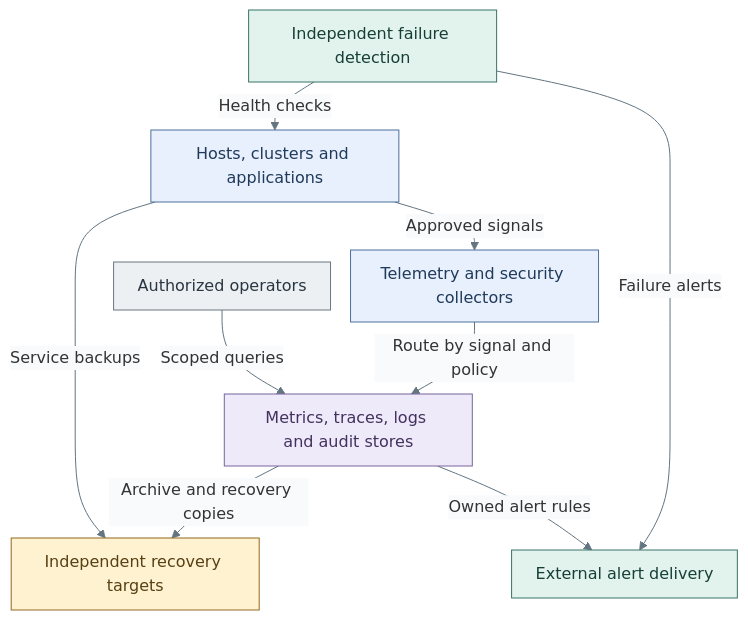
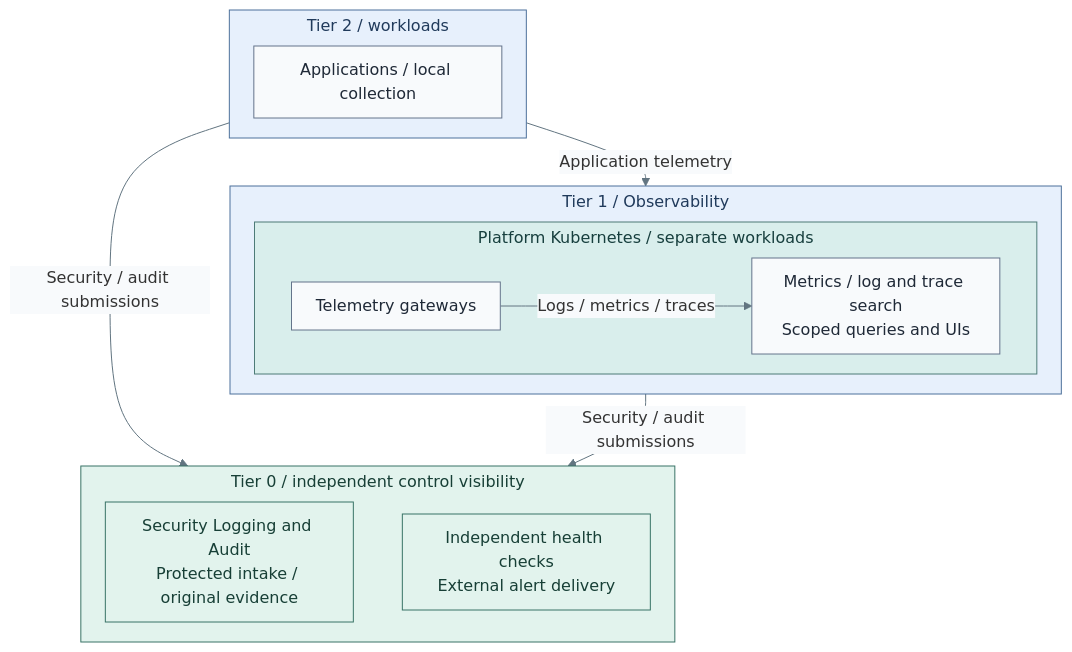
Before and after one commit to Rexus/homelab: the diagram in docs/architecture/operations/README.md, drawn with Mermaid. The commit also changed other lines of this file and 34 other files, not shown here.

Commit message:
refactor(observability): align Kubernetes-first design and examples

````diff
--- a/docs/architecture/operations/README.md
+++ b/docs/architecture/operations/README.md
@@ -23,23 +23,31 @@
 ```mermaid
 %%{init: {"theme":"base","flowchart":{"nodeSpacing":20,"rankSpacing":24,"padding":12,"subGraphTitleMargin":{"top":4,"bottom":12}},"themeVariables":{"lineColor":"#627581","edgeLabelBackground":"#f8fafc"}}}%%
 flowchart TB
-  Runtime["Hosts, clusters and applications"] -->|Approved signals| Collectors["Telemetry and security collectors"]
-  Collectors -->|Route by signal and policy| Stores["Metrics, traces, logs and audit stores"]
-  Operators["Authorized operators"] -->|Scoped queries| Stores
-  Stores -->|Archive and recovery copies| Recovery["Independent recovery targets"]
-  Runtime -->|Service backups| Recovery
-  External["Independent failure detection"] -->|Health checks| Runtime
-  External -->|Failure alerts| Alerts["External alert delivery"]
-  Stores -->|Owned alert rules| Alerts
+  subgraph T2["Tier 2 / workloads"]
+    Producers["Applications / local collection"]
+  end
+  subgraph T1["Tier 1 / Observability"]
+    subgraph Cluster["Platform Kubernetes / separate workloads"]
+      direction LR
+      Collection["Telemetry gateways"]
+      Backends["Metrics / log and trace search<br/>Scoped queries and UIs"]
+      Collection -->|Logs / metrics / traces| Backends
+    end
+  end
+  subgraph T0["Tier 0 / independent control visibility"]
+    direction LR
+    Evidence["Security Logging and Audit<br/>Protected intake / original evidence"]
+    Health["Independent health checks<br/>External alert delivery"]
+    Evidence ~~~ Health
+  end
+  T2 -->|Application telemetry| T1
+  T2 -->|Security / audit submissions| T0
+  T1 -->|Security / audit submissions| T0
   classDef default fill:#f8fafc,stroke:#64748b,color:#1f2937
   classDef services fill:#e7f0fc,stroke:#4d719b,color:#203a5b
-  classDef data fill:#eeeafa,stroke:#78639b,color:#42325d
-  classDef custody fill:#fff2d1,stroke:#926820,color:#584013
+  classDef runtime fill:#d9eeec,stroke:#4d7b77,color:#173f3e
   classDef control fill:#e2f3ed,stroke:#397366,color:#173f36
-  classDef actor fill:#edf0f3,stroke:#697682,color:#293642
-  class Runtime,Collectors services
-  class Stores data
-  class Recovery custody
-  class External,Alerts control
-  class Operators actor
+  class T2,T1 services
+  class Cluster runtime
+  class T0,Evidence,Health control
 ```
````
